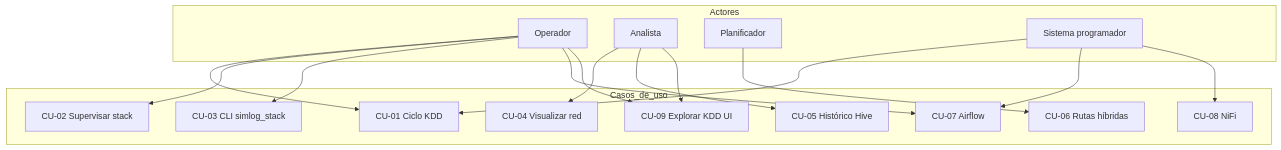
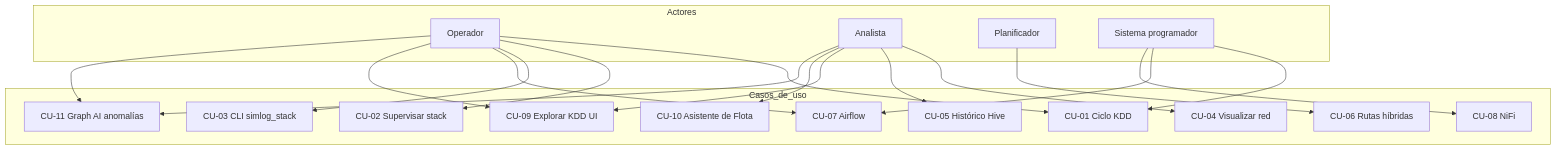
Before and after one commit to gracobjo/proyecto_transporte_global_standalone: the first of 11 diagrams in docs/DIAGRAMAS_MERMAID.md, drawn with Mermaid. The commit also changed other lines of this file and 38 other files, not shown here.

First line of the commit message:
Documentar requisitos y añadir Asistente de Flota + Graph AI

````diff
--- a/docs/DIAGRAMAS_MERMAID.md
+++ b/docs/DIAGRAMAS_MERMAID.md
@@ -9,32 +9,37 @@
 ```mermaid
 flowchart TB
   subgraph Actores
     OP[Operador]
     AN[Analista]
     PL[Planificador]
     SCH[Sistema programador]
   end
   subgraph Casos_de_uso
     UC1[CU-01 Ciclo KDD]
     UC2[CU-02 Supervisar stack]
     UC3[CU-03 CLI simlog_stack]
     UC4[CU-04 Visualizar red]
     UC5[CU-05 Histórico Hive]
     UC6[CU-06 Rutas híbridas]
     UC7[CU-07 Airflow]
     UC8[CU-08 NiFi]
     UC9[CU-09 Explorar KDD UI]
+    UC10[CU-10 Asistente de Flota]
+    UC11[CU-11 Graph AI anomalías]
   end
   OP --> UC1
   OP --> UC2
   OP --> UC3
   OP --> UC7
   OP --> UC9
   AN --> UC4
   AN --> UC5
   AN --> UC9
+  AN --> UC10
   PL --> UC6
   SCH --> UC1
   SCH --> UC7
   SCH --> UC8
+  OP --> UC11
+  AN --> UC11
 ```
````
